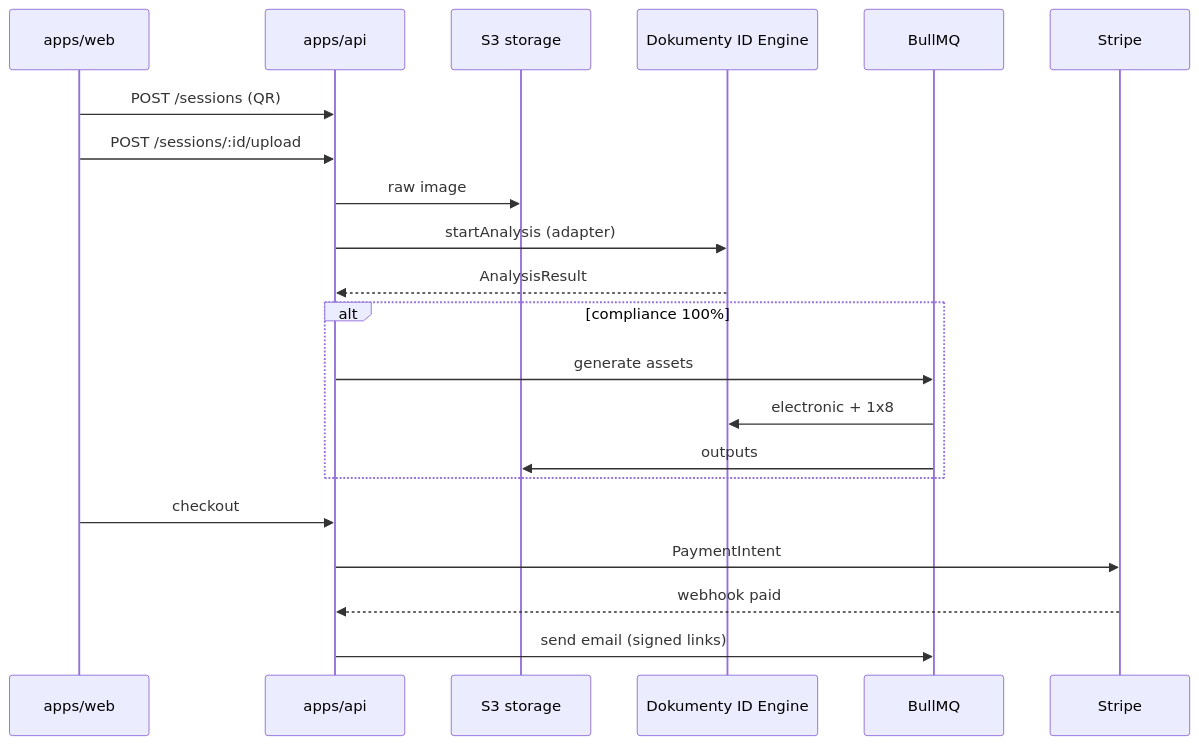
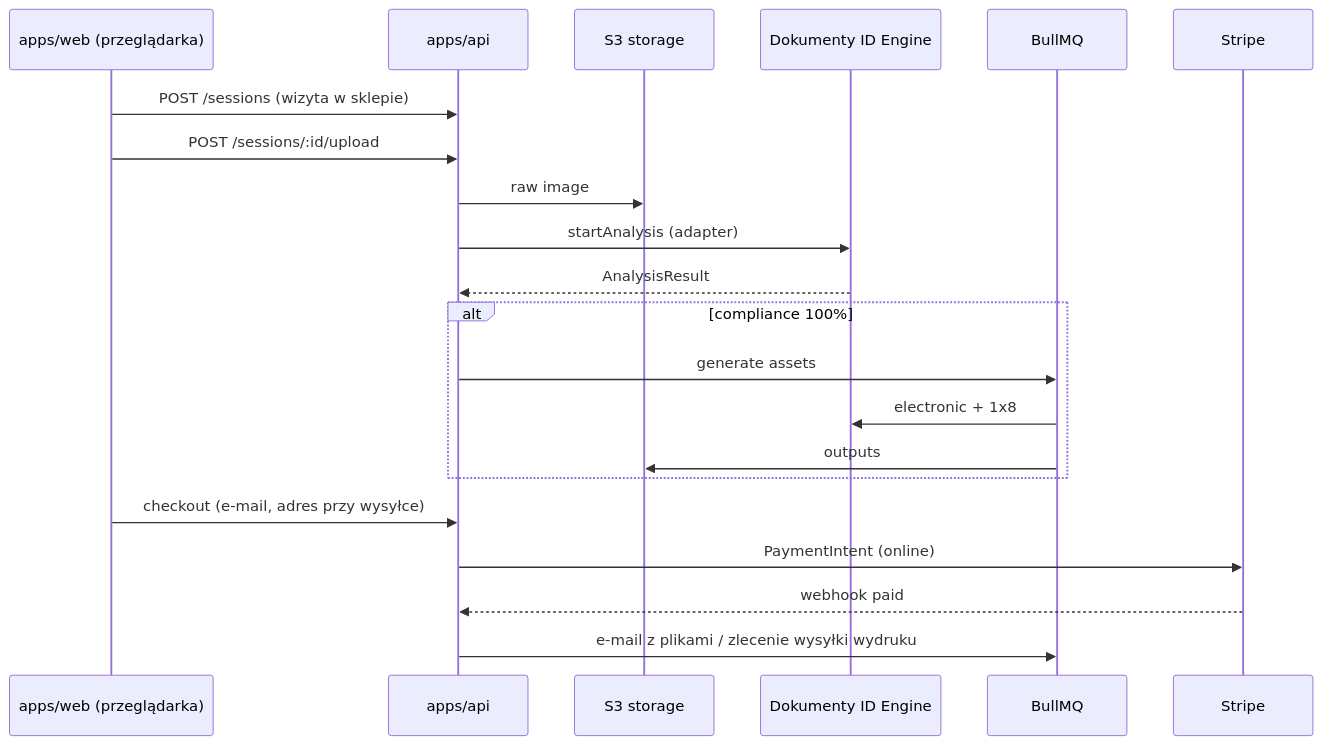
Before and after one commit to fotobielski-spec/kalendarz: the diagram in docs/ARCHITECTURE.md, drawn with Mermaid. The commit also changed other lines of this file and 11 other files, not shown here.

````diff
--- a/docs/ARCHITECTURE.md
+++ b/docs/ARCHITECTURE.md
@@ -51,24 +57,24 @@
 ```mermaid
 sequenceDiagram
-  participant Kiosk as apps/web
+  participant Browser as apps/web (przeglądarka)
   participant API as apps/api
   participant S3 as S3 storage
   participant Engine as Dokumenty ID Engine
   participant Queue as BullMQ
   participant Stripe as Stripe
 
-  Kiosk->>API: POST /sessions (QR)
-  Kiosk->>API: POST /sessions/:id/upload
+  Browser->>API: POST /sessions (wizyta w sklepie)
+  Browser->>API: POST /sessions/:id/upload
   API->>S3: raw image
   API->>Engine: startAnalysis (adapter)
   Engine-->>API: AnalysisResult
   alt compliance 100%
     API->>Queue: generate assets
     Queue->>Engine: electronic + 1x8
     Queue->>S3: outputs
   end
-  Kiosk->>API: checkout
-  API->>Stripe: PaymentIntent
+  Browser->>API: checkout (e-mail, adres przy wysyłce)
+  API->>Stripe: PaymentIntent (online)
   Stripe-->>API: webhook paid
-  API->>Queue: send email (signed links)
+  API->>Queue: e-mail z plikami / zlecenie wysyłki wydruku
 ```
````
